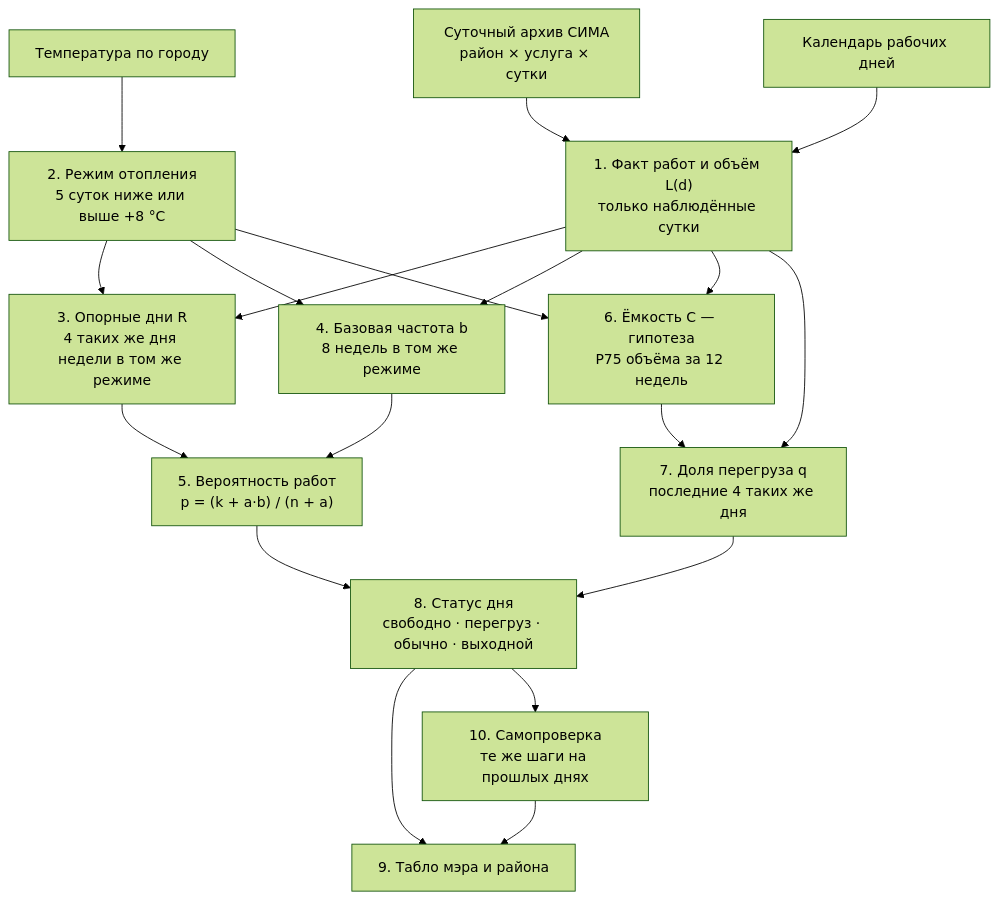
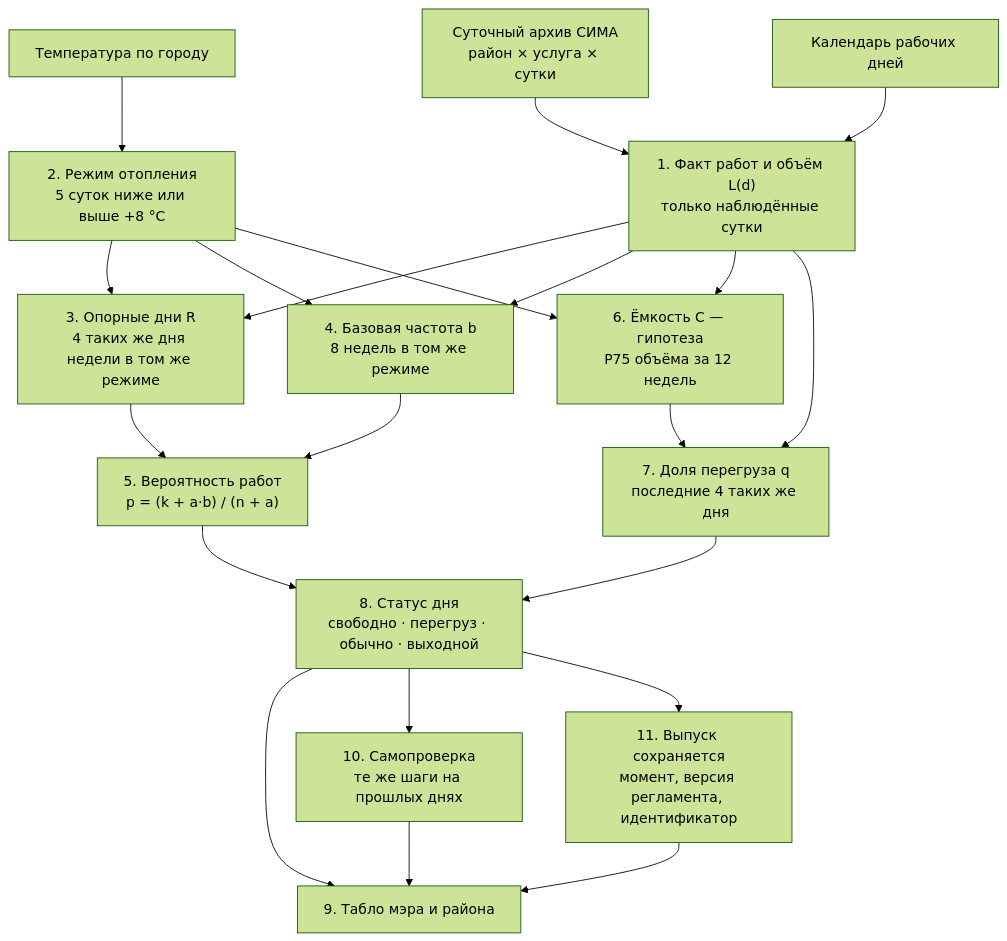
One commit to Barbashin1970/NSK_OpenData_Bot changed the second of 2 diagrams in docs/NIR-SIMA-PROGNOZ-BRIGAD-2026.md. Above: the diagram before and after it, drawn with Mermaid (forest theme). The commit also changed other lines of this file, not shown here.

````diff
--- a/docs/NIR-SIMA-PROGNOZ-BRIGAD-2026.md
+++ b/docs/NIR-SIMA-PROGNOZ-BRIGAD-2026.md
@@ -502,34 +612,37 @@
 ```mermaid
 flowchart TB
     Arch["Суточный архив СИМА<br/>район × услуга × сутки"]
     Temp["Температура по городу"]
     Cal["Календарь рабочих дней"]
     S1["1. Факт работ и объём L(d)<br/>только наблюдённые сутки"]
     S2["2. Режим отопления<br/>5 суток ниже или выше +8 °C"]
     S3["3. Опорные дни R<br/>4 таких же дня недели в том же режиме"]
     S4["4. Базовая частота b<br/>8 недель в том же режиме"]
     S5["5. Вероятность работ<br/>p = (k + a·b) / (n + a)"]
     S6["6. Ёмкость C — гипотеза<br/>P75 объёма за 12 недель"]
     S7["7. Доля перегруза q<br/>последние 4 таких же дня"]
     S8["8. Статус дня<br/>свободно · перегруз · обычно · выходной"]
     S9["9. Табло мэра и района"]
     S10["10. Самопроверка<br/>те же шаги на прошлых днях"]
+    S11["11. Выпуск сохраняется<br/>момент, версия регламента, идентификатор"]
     Arch --> S1
     Temp --> S2
     Cal --> S1
     S1 --> S3
     S2 --> S3
     S2 --> S4
     S1 --> S4
     S3 --> S5
     S4 --> S5
     S1 --> S6
     S2 --> S6
     S6 --> S7
     S1 --> S7
     S5 --> S8
     S7 --> S8
     S8 --> S9
     S8 --> S10
     S10 --> S9
+    S8 --> S11
+    S11 --> S9
 ```
````
